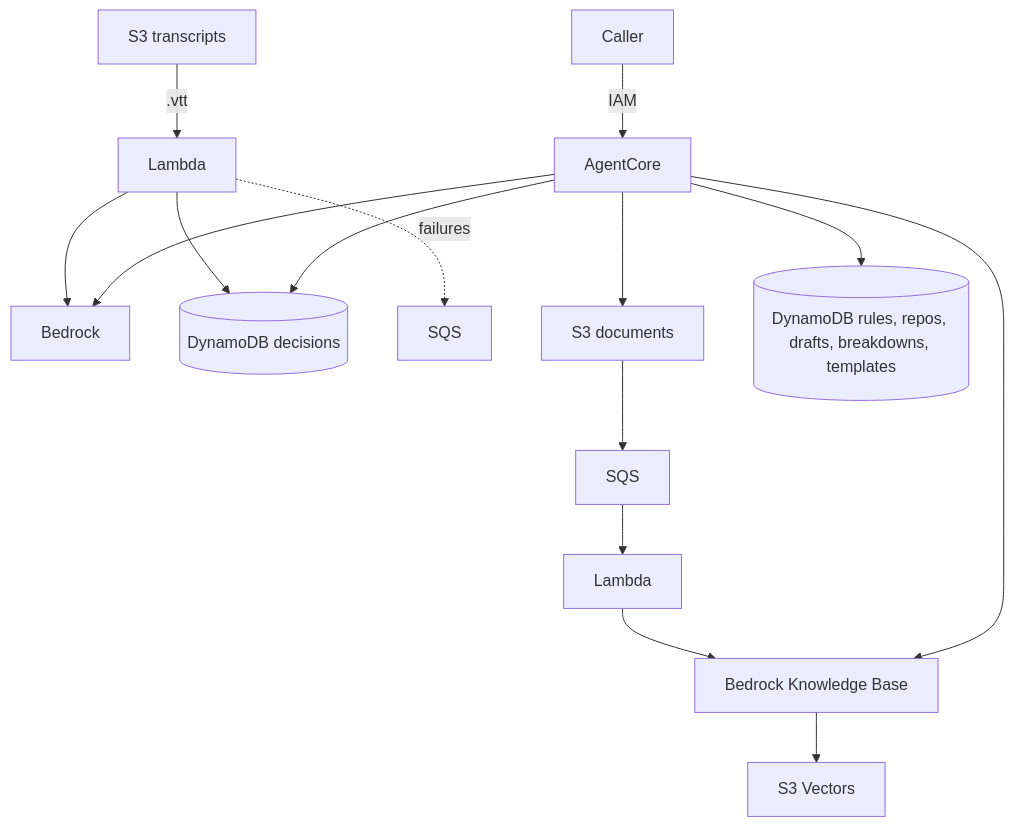
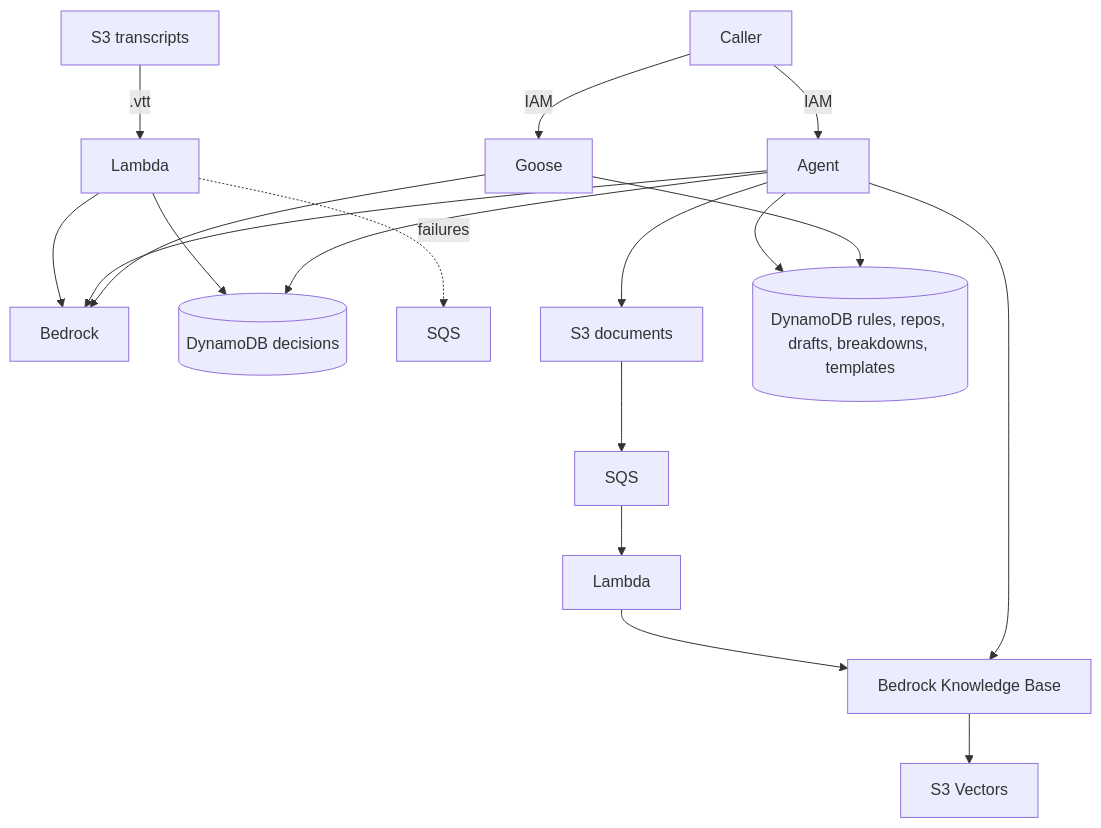
The diagram in README.md (alwaystudios/minivela), drawn with Mermaid before and after one commit. The commit also changed other lines of this file and 9 other files, not shown here.

````diff
--- a/README.md
+++ b/README.md
@@ -7,20 +9,24 @@
 ```mermaid
 flowchart TB
-  caller[Caller] -->|IAM| agent[AgentCore]
+  caller[Caller] -->|IAM| agent[Agent]
+  caller -->|IAM| goose[Goose]
 
   transcripts[S3 transcripts] -->|".vtt"| extract[Lambda]
   extract --> bedrock[Bedrock]
   extract --> decisions[(DynamoDB decisions)]
   extract -.->|failures| extractDlq[SQS]
 
   documents[S3 documents] --> ingestQueue[SQS]
   ingestQueue --> ingest[Lambda]
   ingest --> kb[Bedrock Knowledge Base]
   kb --> vectors[S3 Vectors]
 
   agent --> kb
   agent --> bedrock
   agent --> decisions
   agent --> tables[(DynamoDB rules, repos, drafts, breakdowns, templates)]
   agent --> documents
+
+  goose --> bedrock
+  goose --> tables
 ```
````
